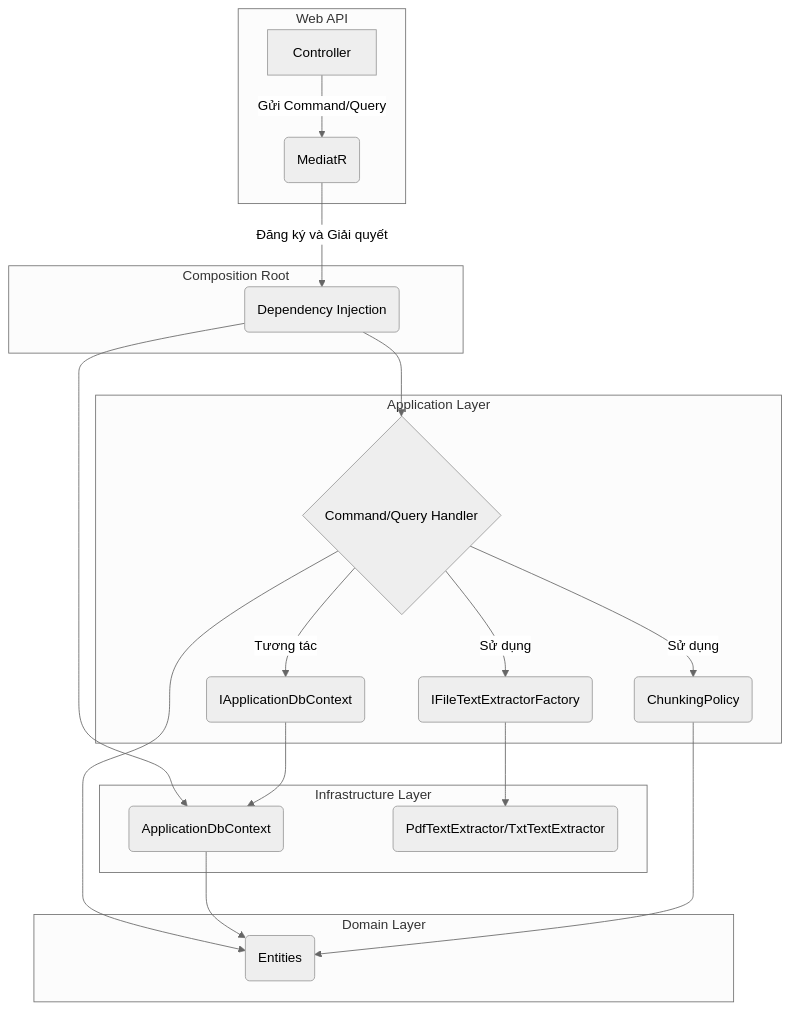
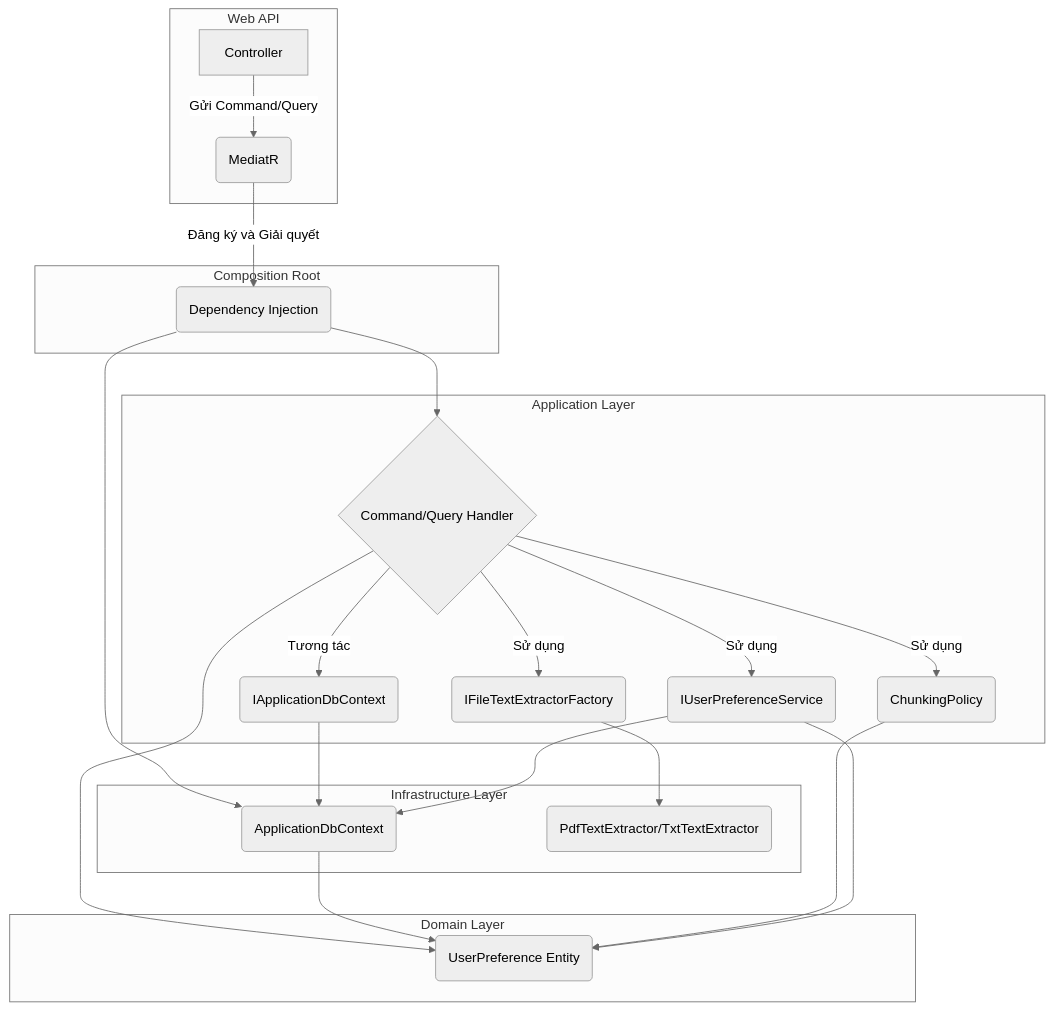
One commit to hkthao/family-tree-3 changed the fourth of 5 diagrams in docs/engineering/architecture.md. Above: the diagram before and after it, drawn with Mermaid (neutral theme). The commit also changed other lines of this file and 19 other files, not shown here.

````diff
--- a/docs/engineering/architecture.md
+++ b/docs/engineering/architecture.md
@@ -74,29 +75,32 @@
 ```mermaid
 graph TD
     subgraph "Web API"
         A[Controller] -->|Gửi Command/Query| B(MediatR)
     end
 
     subgraph "Composition Root"
         B -->|Đăng ký và Giải quyết| CR(Dependency Injection)
     end
 
     subgraph "Application Layer"
         CR --> C{Command/Query Handler}
         C -->|Tương tác| D(IApplicationDbContext)
         C -->|Sử dụng| E(IFileTextExtractorFactory)
         C -->|Sử dụng| F(ChunkingPolicy)
+        C -->|Sử dụng| UP(IUserPreferenceService)
     end
 
     subgraph "Infrastructure Layer"
         CR --> G(ApplicationDbContext)
         D --> G
         E --> H(PdfTextExtractor/TxtTextExtractor)
+        UP --> G
     end
 
     subgraph "Domain Layer"
         C --> I(Entities)
         G --> I
         F --> I
+        UP --> I(UserPreference Entity)
     end
 ```
````
